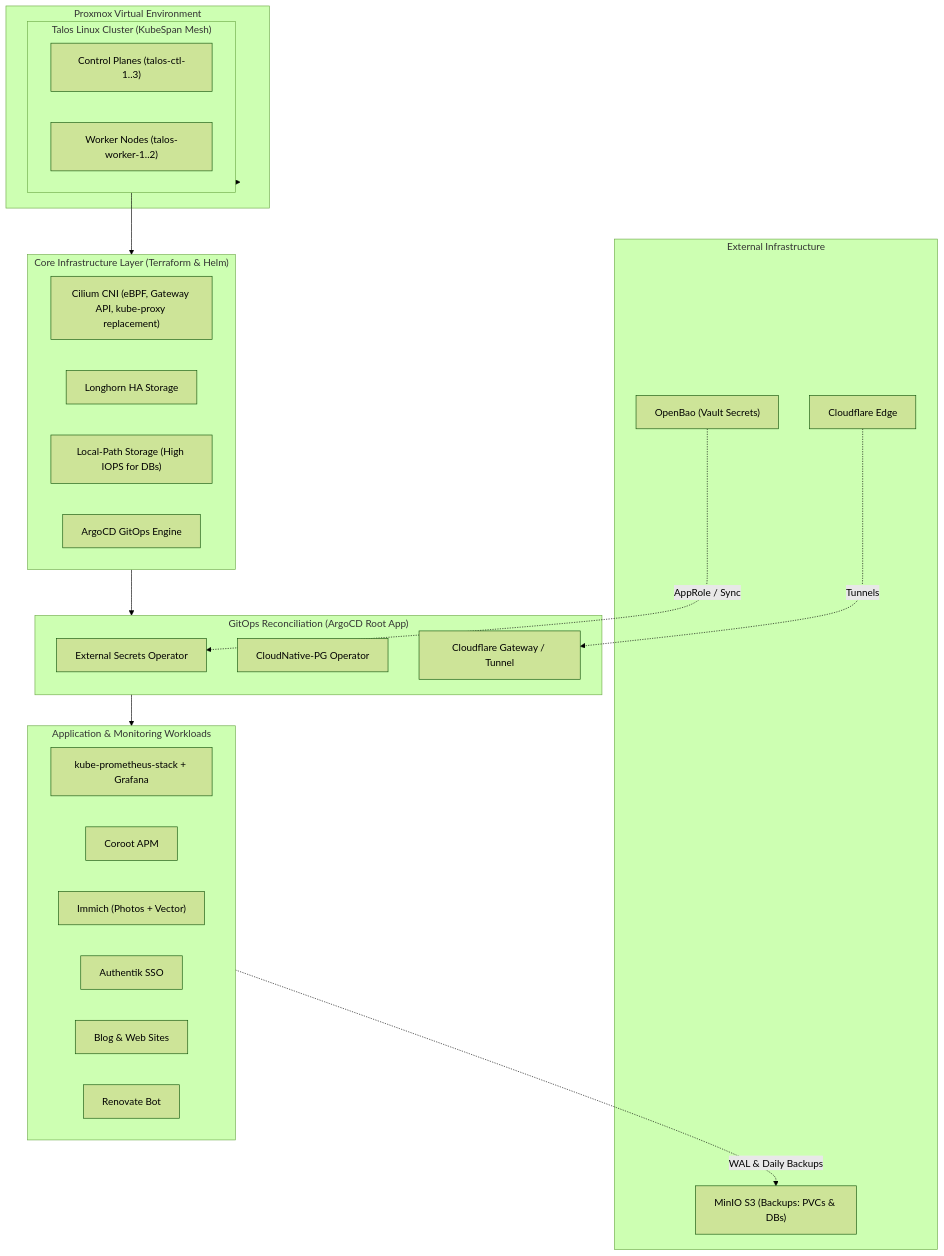
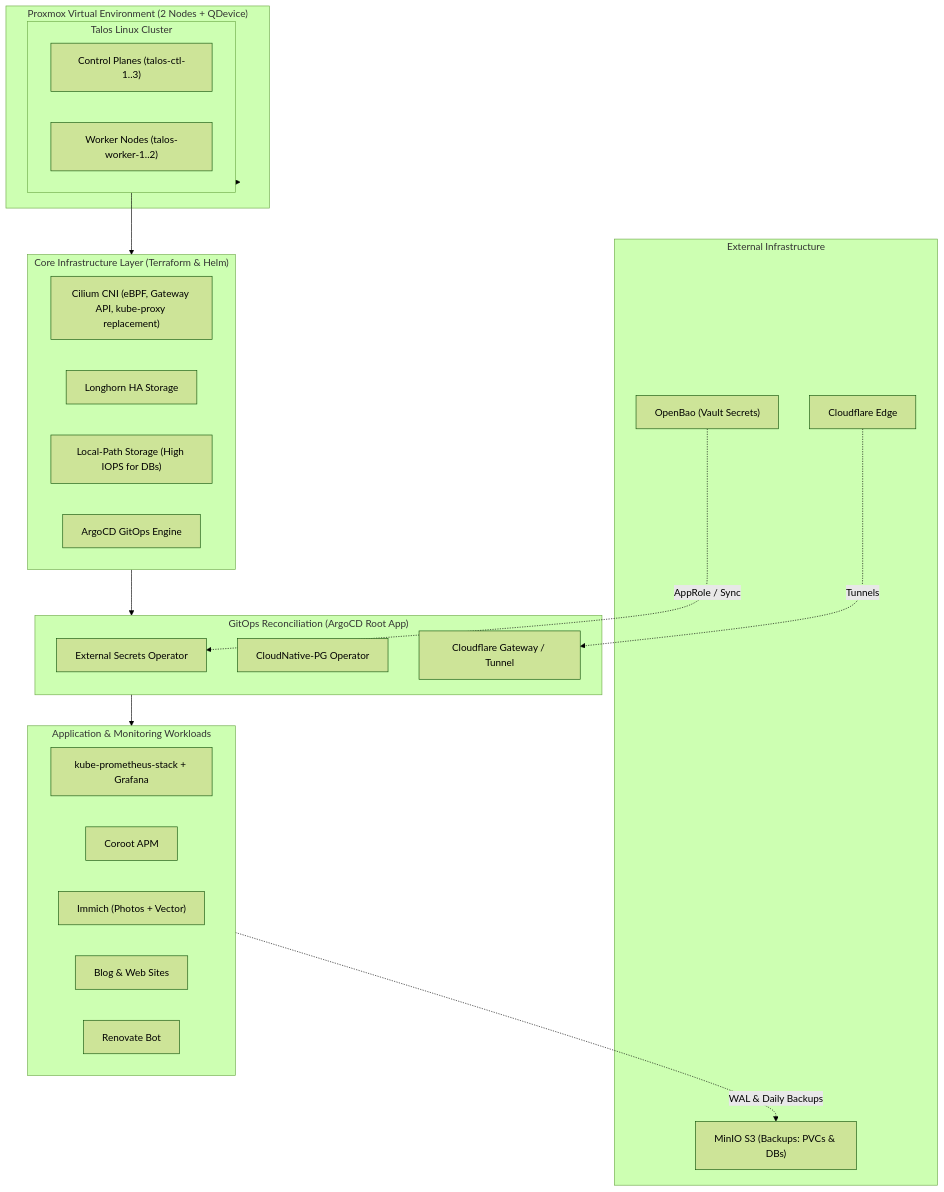
Before and after one commit to GarthvandenBerg/Talos-KubeSpan-Homelab: the first of 2 diagrams in README.md, drawn with Mermaid (forest theme).

Commit message:
readme updateed

````diff
--- a/README.md
+++ b/README.md
@@ -38,45 +38,44 @@
 ```mermaid
 flowchart TD
-    subgraph Proxmox["Proxmox Virtual Environment"]
-        subgraph TalosCluster["Talos Linux Cluster (KubeSpan Mesh)"]
+    subgraph Proxmox["Proxmox Virtual Environment (2 Nodes + QDevice)"]
+        subgraph TalosCluster["Talos Linux Cluster"]
             CP["Control Planes (talos-ctl-1..3)"]
             WK["Worker Nodes (talos-worker-1..2)"]
         end
     end
 
     subgraph CoreInfra["Core Infrastructure Layer (Terraform & Helm)"]
         Cilium["Cilium CNI (eBPF, Gateway API, kube-proxy replacement)"]
         Longhorn["Longhorn HA Storage"]
         LocalPath["Local-Path Storage (High IOPS for DBs)"]
         ArgoCD["ArgoCD GitOps Engine"]
     end
 
     subgraph GitOpsLayer["GitOps Reconciliation (ArgoCD Root App)"]
         ESO["External Secrets Operator"]
         CNPG["CloudNative-PG Operator"]
         CFGate["Cloudflare Gateway / Tunnel"]
     end
 
     subgraph Workloads["Application & Monitoring Workloads"]
         PromGrafana["kube-prometheus-stack + Grafana"]
         Coroot["Coroot APM"]
         Immich["Immich (Photos + Vector)"]
-        Authentik["Authentik SSO"]
         Websites["Blog & Web Sites"]
         Renovate["Renovate Bot"]
     end
 
     subgraph ExternalServices["External Infrastructure"]
         OpenBao["OpenBao (Vault Secrets)"]
         MinIO["MinIO S3 (Backups: PVCs & DBs)"]
         Cloudflare["Cloudflare Edge"]
     end
 
     Proxmox --> TalosCluster
     TalosCluster --> CoreInfra
     CoreInfra --> GitOpsLayer
     GitOpsLayer --> Workloads
     OpenBao -.->|AppRole / Sync| ESO
     Workloads -.->|WAL & Daily Backups| MinIO
     Cloudflare -.->|Tunnels| CFGate
 ```
````
